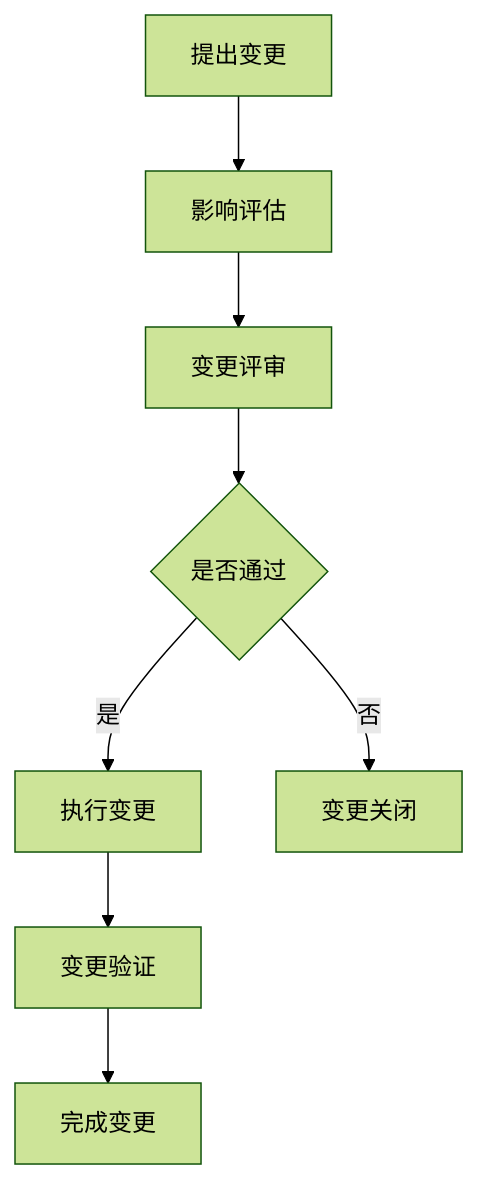
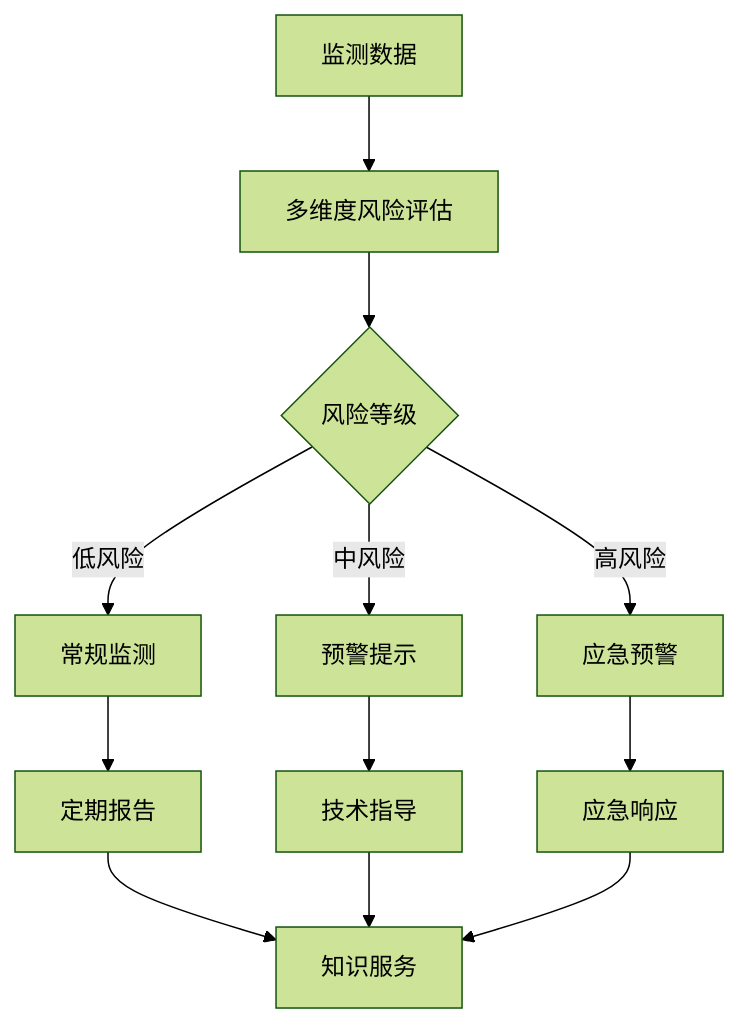
One commit to ericapaeus/awesome-requirements changed the third of 6 diagrams in docs/overview/business-process.md. Above: the diagram before and after it, drawn with Mermaid (forest theme). The commit also changed other lines of this file and 29 other files, not shown here.

````diff
--- a/docs/overview/business-process.md
+++ b/docs/overview/business-process.md
@@ -66,10 +63,14 @@
 ```mermaid
-graph TD
-    A[提出变更] --> B[影响评估]
-    B --> C[变更评审]
-    C --> D{是否通过}
-    D -->|是| E[执行变更]
-    D -->|否| F[变更关闭]
-    E --> G[变更验证]
-    G --> H[完成变更]
+flowchart TD
+    A[监测数据] --> B[多维度风险评估]
+    B --> C{风险等级}
+    C -->|低风险| D[常规监测]
+    C -->|中风险| E[预警提示]
+    C -->|高风险| F[应急预警]
+    D --> G[定期报告]
+    E --> H[技术指导]
+    F --> I[应急响应]
+    G --> J[知识服务]
+    H --> J
+    I --> J
 ```
````
